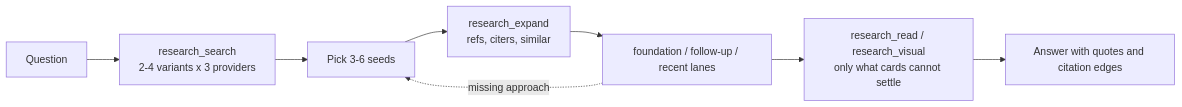
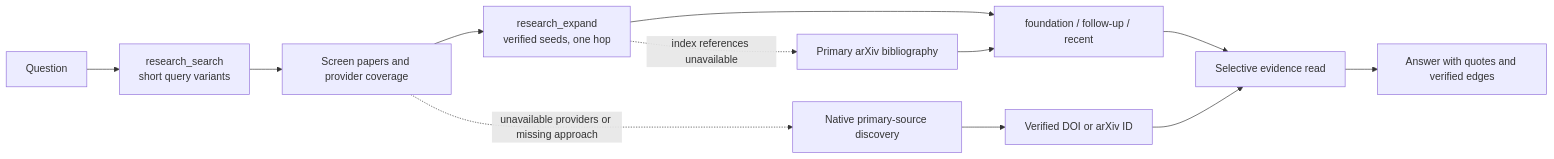
One commit to beingamanforever/Citation-lens changed the diagram in docs/DESIGN.md. Above: the diagram before and after it, drawn with Mermaid. The commit also changed other lines of this file and 27 other files, not shown here.

Commit message:
fix: preserve research evidence and report development failures

````diff
--- a/docs/DESIGN.md
+++ b/docs/DESIGN.md
@@ -21,10 +22,14 @@
 ```mermaid
 flowchart LR
-    Q[Question] --> S[research_search<br/>2-4 variants x 3 providers]
-    S --> P[Pick 3-6 seeds]
-    P --> E[research_expand<br/>refs, citers, similar]
-    E --> L[foundation / follow-up / recent lanes]
-    L --> V[research_read / research_visual<br/>only what cards cannot settle]
-    V --> A[Answer with quotes and citation edges]
-    L -. missing approach .-> P
+    Q[Question] --> S[research_search<br/>short query variants]
+    S --> C[Screen papers and provider coverage]
+    C --> E[research_expand<br/>verified seeds, one hop]
+    E --> L[foundation / follow-up / recent]
+    L --> V[Selective evidence read]
+    V --> A[Answer with quotes and verified edges]
+    C -. unavailable providers or missing approach .-> W[Native primary-source discovery]
+    W --> I[Verified DOI or arXiv ID]
+    I --> V
+    E -. index references unavailable .-> B[Primary arXiv bibliography]
+    B --> L
 ```
````
